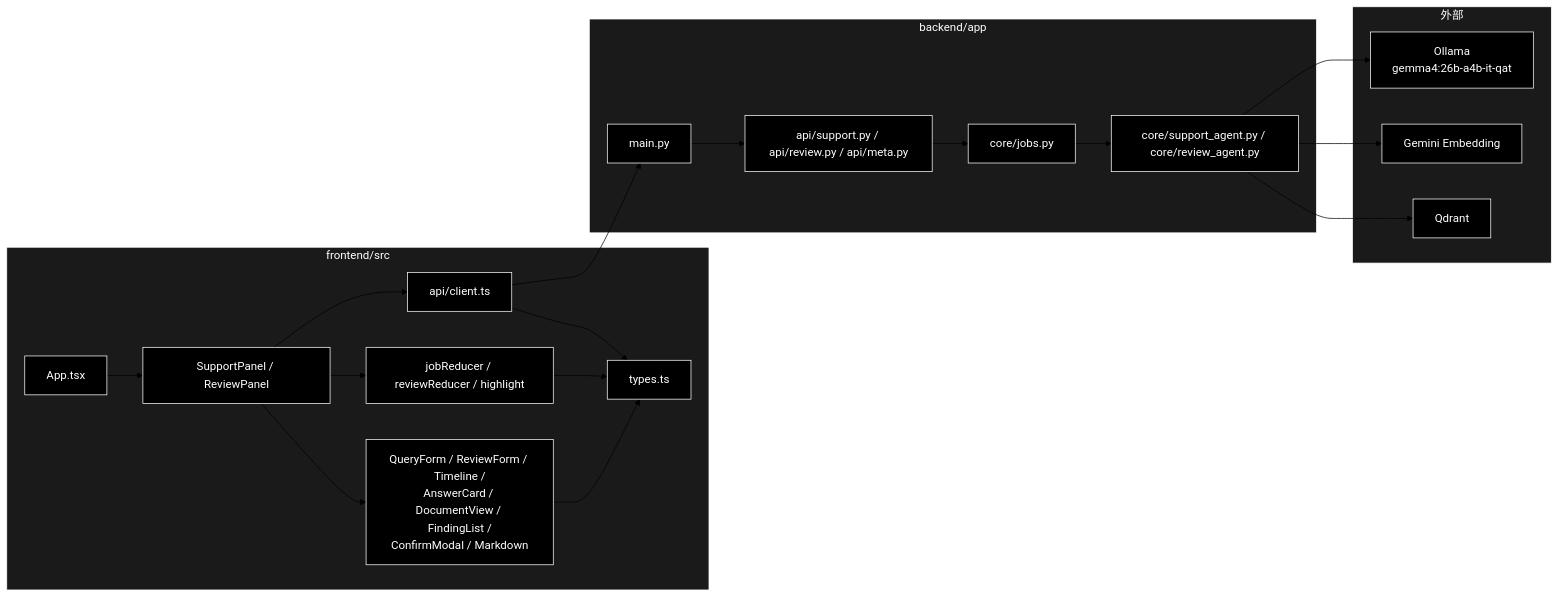
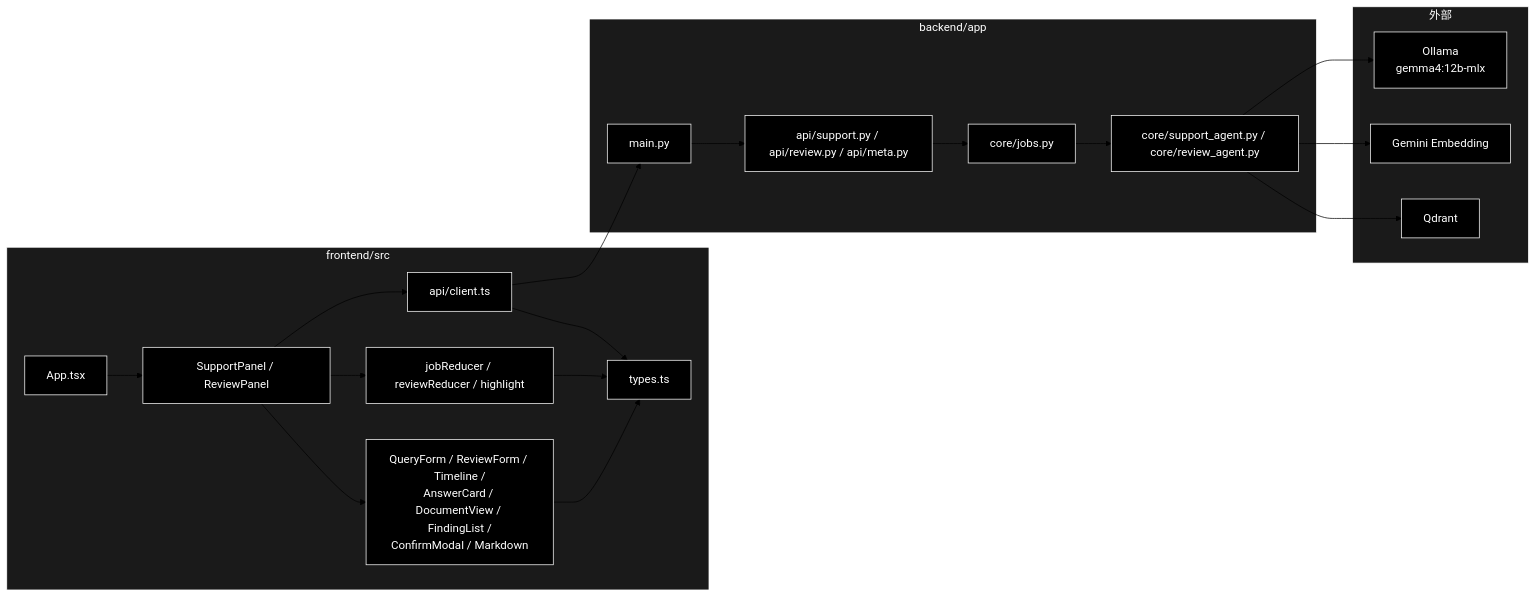
Before and after one commit to nakashima2toshio/grace_v2_local: the fifth of 5 diagrams in README.md, drawn with Mermaid (forest theme). The commit also changed other lines of this file and 17 other files, not shown here.

First line of the commit message:
feat: 既定モデルを gemma4:12b-mlx にし、候補を pull 済みの 5 モデルへ絞る

````diff
--- a/README.md
+++ b/README.md
@@ -1295,45 +1296,45 @@
 ```mermaid
 flowchart LR
     subgraph FE["frontend/src"]
         APPX["App.tsx"]
         PANELS["SupportPanel / ReviewPanel"]
         COMPS["QueryForm / ReviewForm / Timeline /<br>AnswerCard / DocumentView / FindingList /<br>ConfirmModal / Markdown"]
         STATE["jobReducer / reviewReducer / highlight"]
         APIC["api/client.ts"]
         TYPES["types.ts"]
     end
 
     subgraph BE["backend/app"]
         MAINX["main.py"]
         APIS["api/support.py / api/review.py / api/meta.py"]
         JOBSX["core/jobs.py"]
         CORES["core/support_agent.py / core/review_agent.py"]
     end
 
     subgraph EXT["外部"]
-        OLL["Ollama<br>gemma4:26b-a4b-it-qat"]
+        OLL["Ollama<br>gemma4:12b-mlx"]
         GEM["Gemini Embedding"]
         QD["Qdrant"]
     end
 
     APPX --> PANELS
     PANELS --> COMPS
     PANELS --> STATE
     PANELS --> APIC
     COMPS --> TYPES
     STATE --> TYPES
     APIC --> TYPES
     APIC --> MAINX
     MAINX --> APIS
     APIS --> JOBSX
     JOBSX --> CORES
     CORES --> OLL
     CORES --> GEM
     CORES --> QD
 classDef default fill:#000,stroke:#fff,color:#fff
 classDef subgraphStyle fill:#1a1a1a,stroke:#fff,color:#fff
 class APPX,PANELS,COMPS,STATE,APIC,TYPES,MAINX,APIS,JOBSX,CORES,OLL,GEM,QD default
 style FE fill:#1a1a1a,stroke:#fff,color:#fff
 style BE fill:#1a1a1a,stroke:#fff,color:#fff
 style EXT fill:#1a1a1a,stroke:#fff,color:#fff
 ```
````
